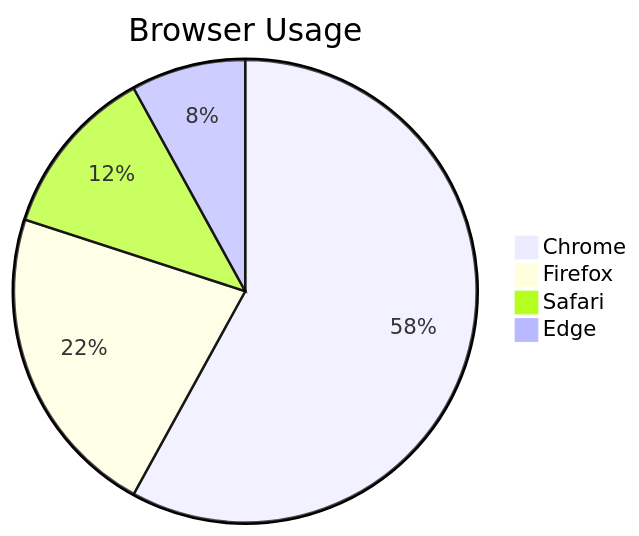
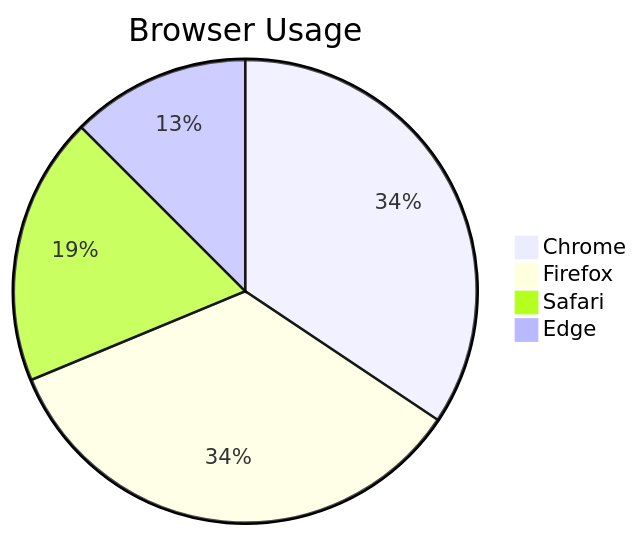
Before and after one commit to ludos1978/lexera: the second of 6 diagrams in tests/kanban-presentation-tests/kanban-presentation.md, drawn with Mermaid. The commit also changed other lines of this file and 39 other files, not shown here.

````diff
--- a/tests/kanban-presentation-tests/kanban-presentation.md
+++ b/tests/kanban-presentation-tests/kanban-presentation.md
@@ -44,7 +71,7 @@
   ```mermaid
   pie title Browser Usage
-      "Chrome" : 58
+      "Chrome" : 22
       "Firefox" : 22
       "Safari" : 12
       "Edge" : 8
   ```
````
